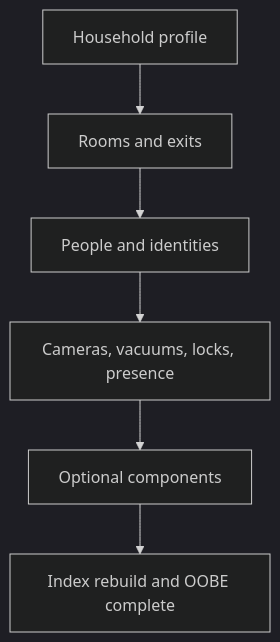
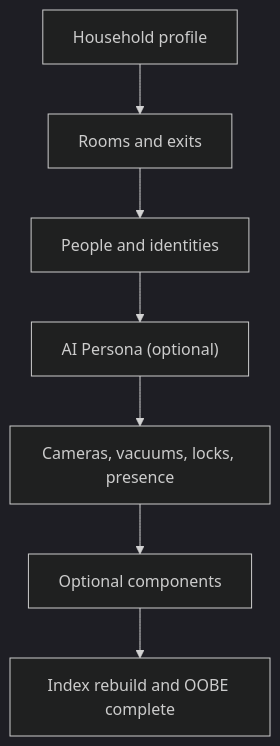
Before and after one commit to nathan-curtis/zenos-ai: the diagram in zenos_ai/docs/getting_started/oobe.md, drawn with Mermaid (dark theme). The commit also changed other lines of this file and 1 other file, not shown here.

First line of the commit message:
docs(2026.6.0): cherify oobe.md (step 3a_persona) and utilities readme (audio gate)

````diff
--- a/zenos_ai/docs/getting_started/oobe.md
+++ b/zenos_ai/docs/getting_started/oobe.md
@@ -23,11 +23,13 @@
 ```mermaid
 flowchart TD
   Household["Household profile"]
   Rooms["Rooms and exits"]
   People["People and identities"]
   Integrations["Cameras, vacuums, locks, presence"]
   Components["Optional components"]
   Close["Index rebuild and OOBE complete"]
 
-  Household --> Rooms --> People --> Integrations --> Components --> Close
+  Persona["AI Persona (optional)"]
+
+  Household --> Rooms --> People --> Persona --> Integrations --> Components --> Close
 ```
````
